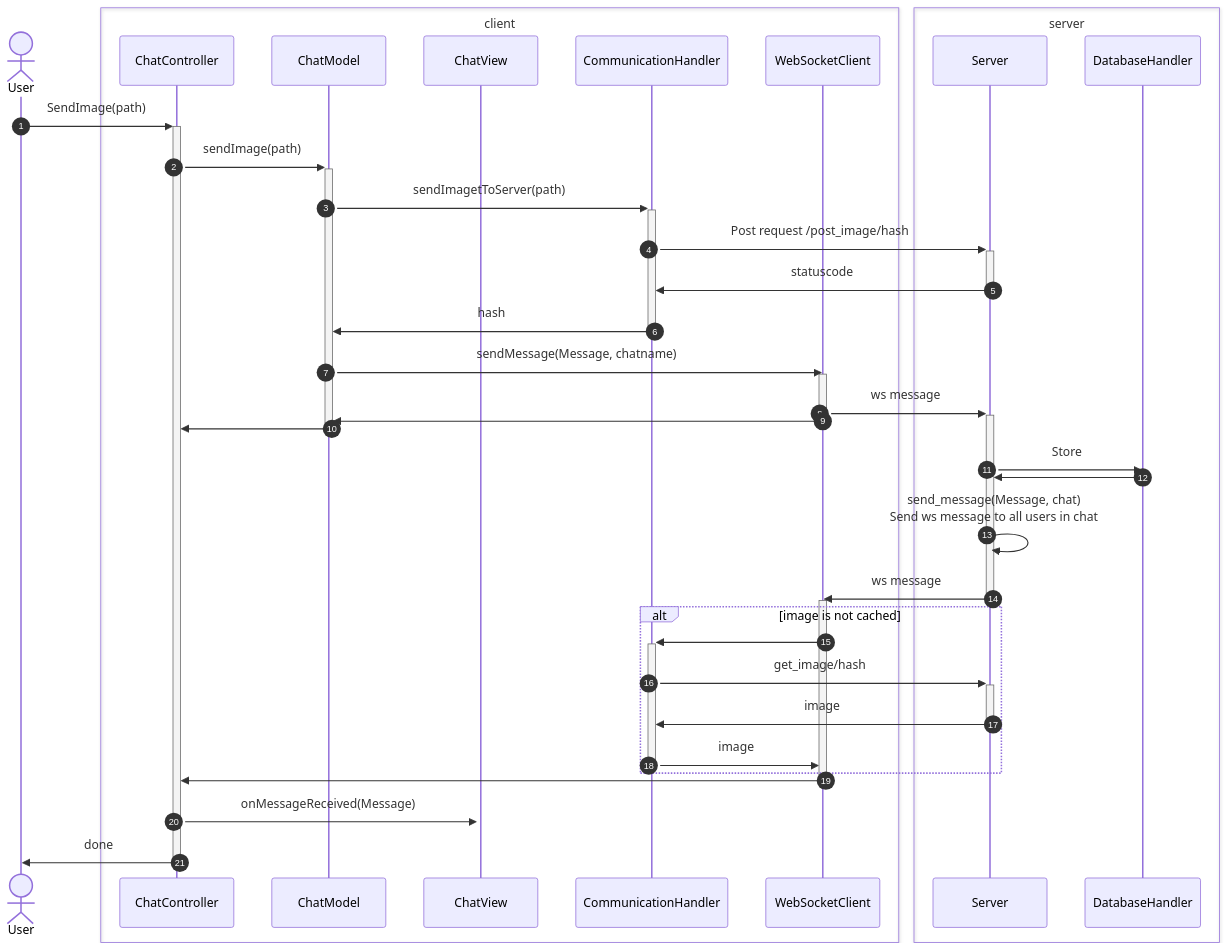
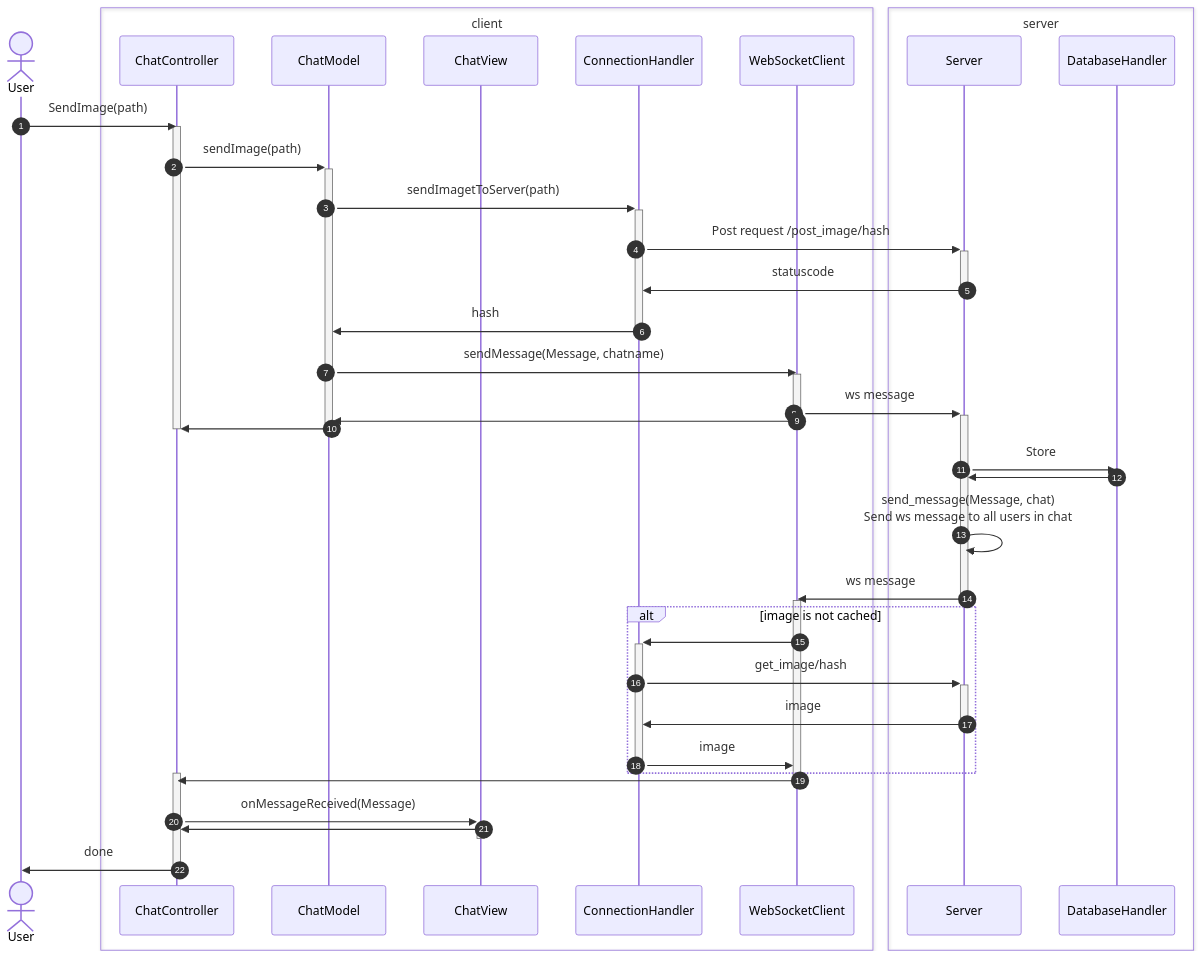
The diagram in SeqSendImage.mmd (Anaemix/OOA_grupp9), drawn with Mermaid before and after one commit. The commit also changed 5 other files, not shown here.

Commit message:
updated sequence diagram

```diff
--- a/SeqSendImage.mmd
+++ b/SeqSendImage.mmd
@@ -1,41 +1,46 @@
 sequenceDiagram
     autonumber
     Actor U as User
     box client
         Participant C as ChatController
         Participant M as ChatModel
         Participant V as ChatView
-        Participant Com as CommunicationHandler
+        Participant Com as ConnectionHandler
         Participant web as WebSocketClient
     end
     box server
         Participant S as Server
         Participant DB as DatabaseHandler
     end
-    U->>+C: SendImage(path)
+    U->>C: SendImage(path)
+    activate C
         C->>+M: sendImage(path)
             M->>+Com: sendImagetToServer(path)
                 Com->>+S: Post request /post_image/hash
                 S->>-Com: statuscode
             Com->>-M: hash
             M->>web: sendMessage(Message, chatname)
                 activate web
                 web->>+S: ws message
                 deactivate web
                 web->>M: 
             M->>-C:
+            deactivate C
                     S->>DB: Store
                     DB->>S:
                     S->>S: send_message(Message, chat)<br>Send ws message to all users in chat
                 S->>-web: ws message
                 activate web
                 alt image is not cached
                     web->>+Com: 
                         Com->>+S: get_image/hash
                         S->>-Com: image
                     Com->>-web: image
                 end
         web->>C:
+        activate C
         deactivate web
         C->>+V: onMessageReceived(Message)
-    C->>-U: done 
+        V->>-C:
+    C->>U: done
+    deactivate C 
```
